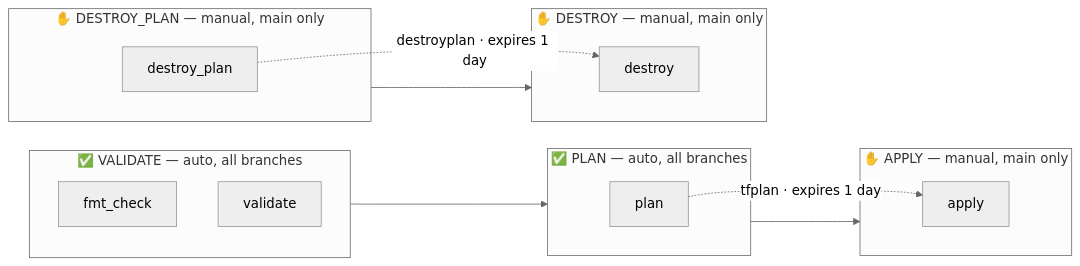
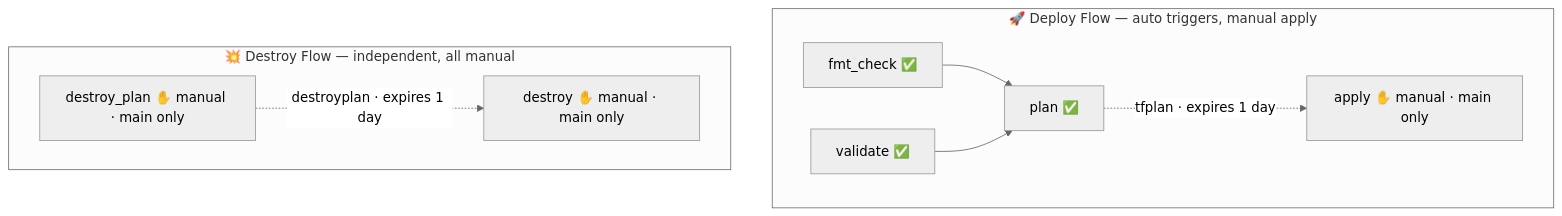
The sixth of 6 diagrams in NOTION_ADVANCED_DOC.md (dheerajnambr/terraform-aws-rds-mysql-platform), drawn with Mermaid (neutral theme) before and after one commit.

Commit message:
fix: restructure pipeline diagram to flowchart TB with LR subgraph rows
Two explicit rows: Deploy Flow (top) and Destroy Flow (bottom).
Each subgraph uses direction LR for left-to-right internal flow.
Fixes incorrect row ordering in GitLab/Notion Mermaid renderer.

````diff
--- a/NOTION_ADVANCED_DOC.md
+++ b/NOTION_ADVANCED_DOC.md
@@ -473,25 +473,13 @@
 ```mermaid
-flowchart LR
-    subgraph VALIDATE["✅ VALIDATE — auto, all branches"]
-        FMT[fmt_check]
-        VAL[validate]
-    end
-    subgraph PLAN["✅ PLAN — auto, all branches"]
-        P[plan]
-    end
-    subgraph APPLY["✋ APPLY — manual, main only"]
-        AP[apply]
-    end
-    subgraph DPLAN["✋ DESTROY_PLAN — manual, main only"]
-        DP[destroy_plan]
-    end
-    subgraph DEST["✋ DESTROY — manual, main only"]
-        DS[destroy]
+flowchart TB
+    subgraph DEPLOY["🚀 Deploy Flow — auto triggers, manual apply"]
+        direction LR
+        FMT["fmt_check ✅"] & VAL["validate ✅"] --> PL["plan ✅"]
+        PL -. "tfplan · expires 1 day" .-> AP["apply ✋ manual · main only"]
     end
 
-    VALIDATE --> PLAN --> APPLY
-    P -. "tfplan · expires 1 day" .-> AP
-
-    DPLAN --> DEST
-    DP -. "destroyplan · expires 1 day" .-> DS
+    subgraph DESTFLOW["💥 Destroy Flow — independent, all manual"]
+        direction LR
+        DP["destroy_plan ✋ manual · main only"] -. "destroyplan · expires 1 day" .-> DS["destroy ✋ manual · main only"]
+    end
 ```
````
